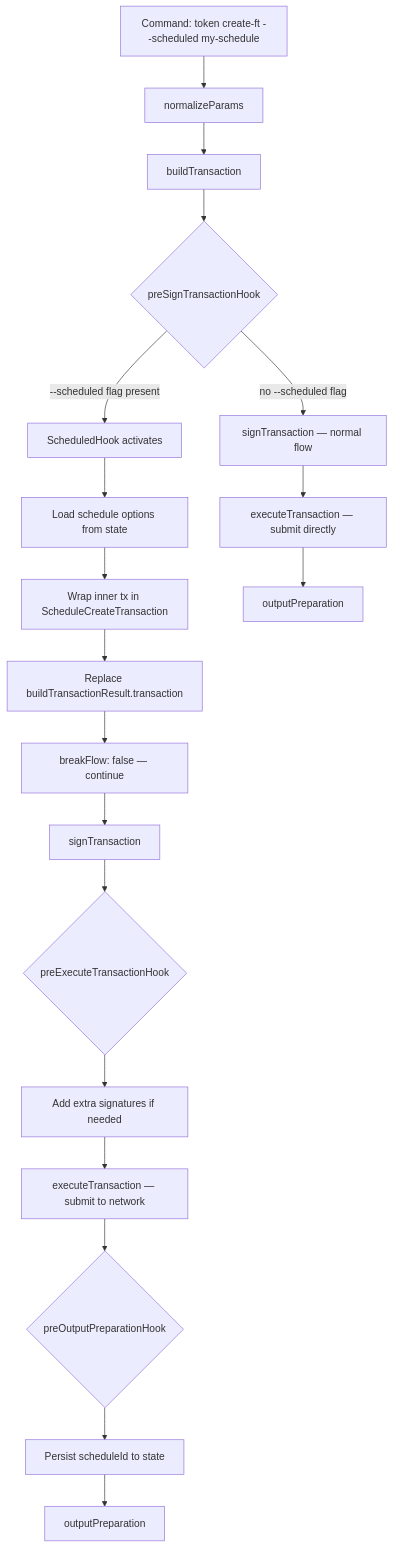
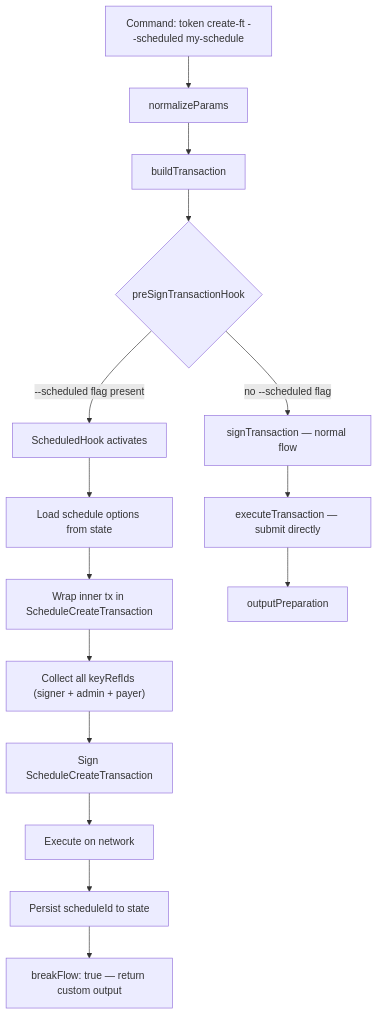
One commit to hiero-ledger/hiero-cli changed the second of 2 diagrams in docs/adr/ADR-011-schedule-transaction-plugin.md. Above: the diagram before and after it, drawn with Mermaid. The commit also changed other lines of this file, not shown here.

Commit message:
feat(1739): schedule transaction implementation

````diff
--- a/docs/adr/ADR-011-schedule-transaction-plugin.md
+++ b/docs/adr/ADR-011-schedule-transaction-plugin.md
@@ -695,21 +773,17 @@
 ```mermaid
 flowchart TD
     A["Command: token create-ft --scheduled my-schedule"] --> B[normalizeParams]
     B --> C[buildTransaction]
     C --> D{"preSignTransactionHook"}
     D -->|"--scheduled flag present"| E[ScheduledHook activates]
     E --> F[Load schedule options from state]
     F --> G["Wrap inner tx in ScheduleCreateTransaction"]
-    G --> H[Replace buildTransactionResult.transaction]
-    H --> I["breakFlow: false — continue"]
-    I --> J[signTransaction]
-    J --> K{"preExecuteTransactionHook"}
-    K --> L[Add extra signatures if needed]
-    L --> M[executeTransaction — submit to network]
-    M --> N{"preOutputPreparationHook"}
-    N --> O[Persist scheduleId to state]
-    O --> P[outputPreparation]
+    G --> H["Collect all keyRefIds (signer + admin + payer)"]
+    H --> I["Sign ScheduleCreateTransaction"]
+    I --> J["Execute on network"]
+    J --> K["Persist scheduleId to state"]
+    K --> L["breakFlow: true — return custom output"]
     D -->|"no --scheduled flag"| J2[signTransaction — normal flow]
     J2 --> M2[executeTransaction — submit directly]
     M2 --> P2[outputPreparation]
 ```
````
